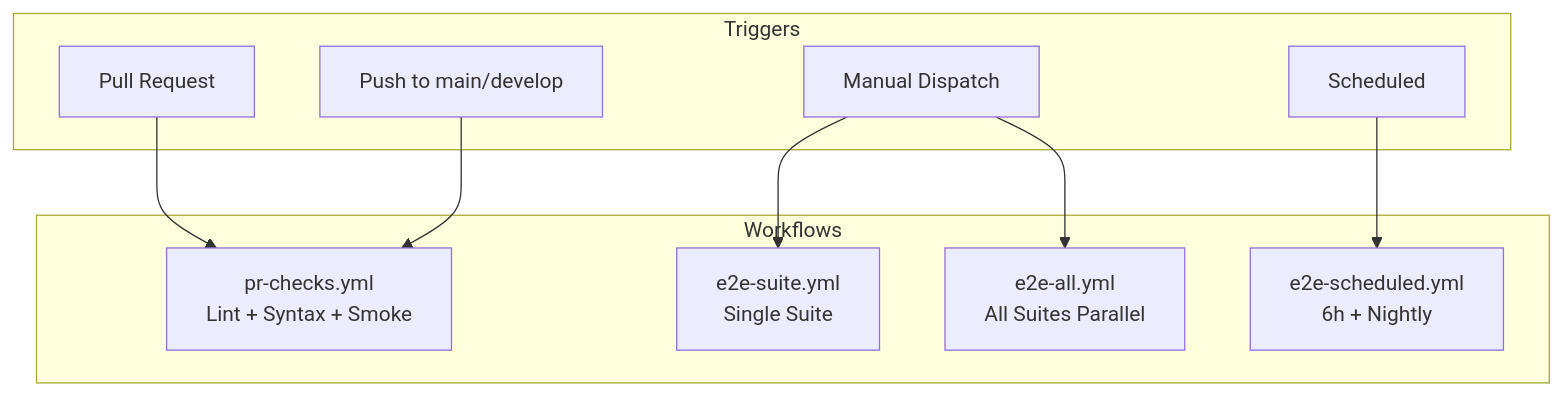
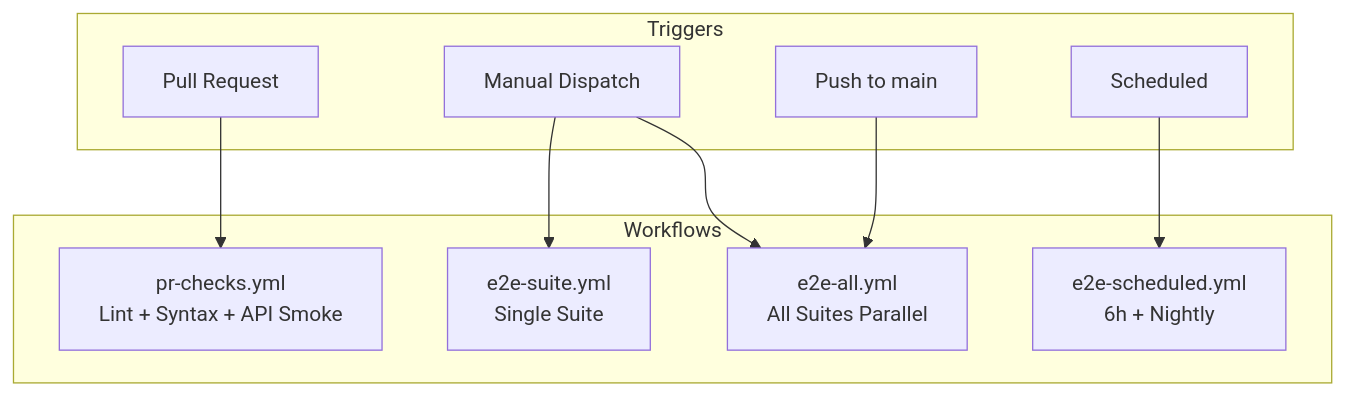
Before and after one commit to Akhil15011997/poppuloTestProject: the tenth of 13 diagrams in README.md, drawn with Mermaid. The commit also changed other lines of this file and 8 other files, not shown here.

Commit message:
remove develop branch from e2e workflow triggers, update pr-checks to run only API smoke tests and doc updates

````diff
--- a/README.md
+++ b/README.md
@@ -550,22 +550,22 @@
 ```mermaid
 flowchart TB
     subgraph Triggers[Triggers]
         pr["Pull Request"]
-        push["Push to main/develop"]
+        push["Push to main"]
         manual["Manual Dispatch"]
         schedule["Scheduled"]
     end
     
     subgraph Workflows[Workflows]
-        prChecks["pr-checks.yml\nLint + Syntax + Smoke"]
+        prChecks["pr-checks.yml\nLint + Syntax + API Smoke"]
         suite["e2e-suite.yml\nSingle Suite"]
         all["e2e-all.yml\nAll Suites Parallel"]
         scheduled["e2e-scheduled.yml\n6h + Nightly"]
     end
     
     pr --> prChecks
-    push --> prChecks
+    push --> all
     manual --> suite
     manual --> all
     schedule --> scheduled
 ```
````
